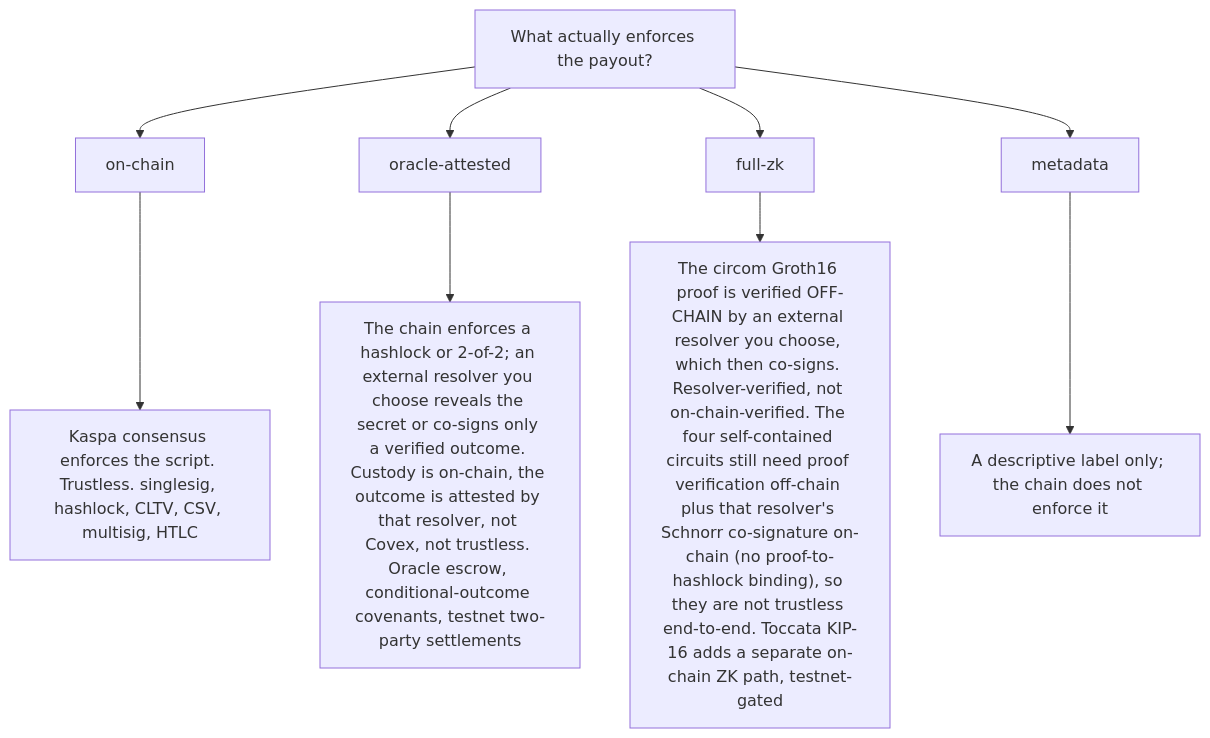
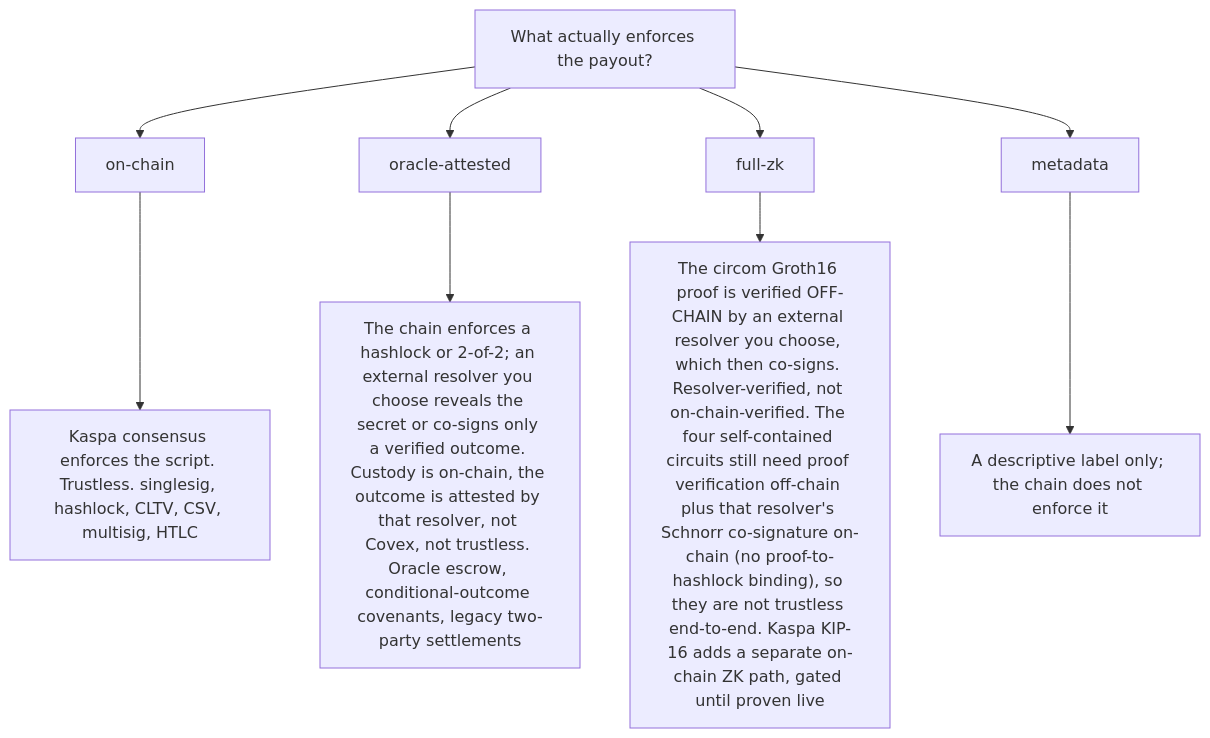
One commit to THTProtocol/Covex27 changed the third of 5 diagrams in README.md. Above: the diagram before and after it, drawn with Mermaid. The commit also changed other lines of this file and 40 other files, not shown here.

Commit message:
site+readme: remove testnet from the website, reframe to live-on-Kaspa (backend testnet support preserved)

````diff
--- a/README.md
+++ b/README.md
@@ -213,12 +208,12 @@
 ```mermaid
 flowchart TD
   Q["What actually enforces the payout?"]
   Q --> ON["on-chain"]
   Q --> OA["oracle-attested"]
   Q --> FZ["full-zk"]
   Q --> MD["metadata"]
   ON --> ONx["Kaspa consensus enforces the script. Trustless. singlesig, hashlock, CLTV, CSV, multisig, HTLC"]
-  OA --> OAx["The chain enforces a hashlock or 2-of-2; an external resolver you choose reveals the secret or co-signs only a verified outcome. Custody is on-chain, the outcome is attested by that resolver, not Covex, not trustless. Oracle escrow, conditional-outcome covenants, testnet two-party settlements"]
-  FZ --> FZx["The circom Groth16 proof is verified OFF-CHAIN by an external resolver you choose, which then co-signs. Resolver-verified, not on-chain-verified. The four self-contained circuits still need proof verification off-chain plus that resolver's Schnorr co-signature on-chain (no proof-to-hashlock binding), so they are not trustless end-to-end. Toccata KIP-16 adds a separate on-chain ZK path, testnet-gated"]
+  OA --> OAx["The chain enforces a hashlock or 2-of-2; an external resolver you choose reveals the secret or co-signs only a verified outcome. Custody is on-chain, the outcome is attested by that resolver, not Covex, not trustless. Oracle escrow, conditional-outcome covenants, legacy two-party settlements"]
+  FZ --> FZx["The circom Groth16 proof is verified OFF-CHAIN by an external resolver you choose, which then co-signs. Resolver-verified, not on-chain-verified. The four self-contained circuits still need proof verification off-chain plus that resolver's Schnorr co-signature on-chain (no proof-to-hashlock binding), so they are not trustless end-to-end. Kaspa KIP-16 adds a separate on-chain ZK path, gated until proven live"]
   MD --> MDx["A descriptive label only; the chain does not enforce it"]
 ```
````
